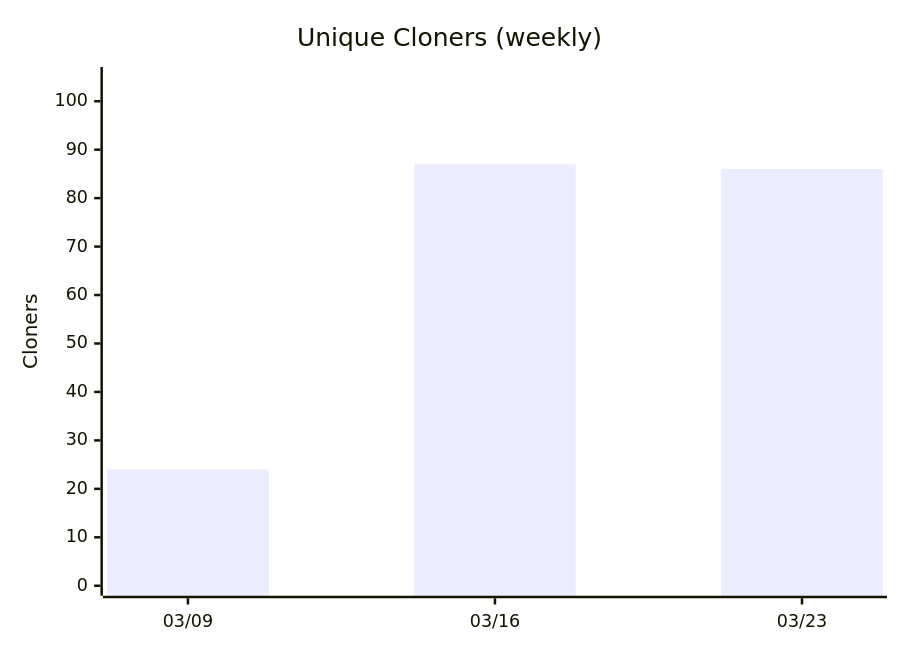
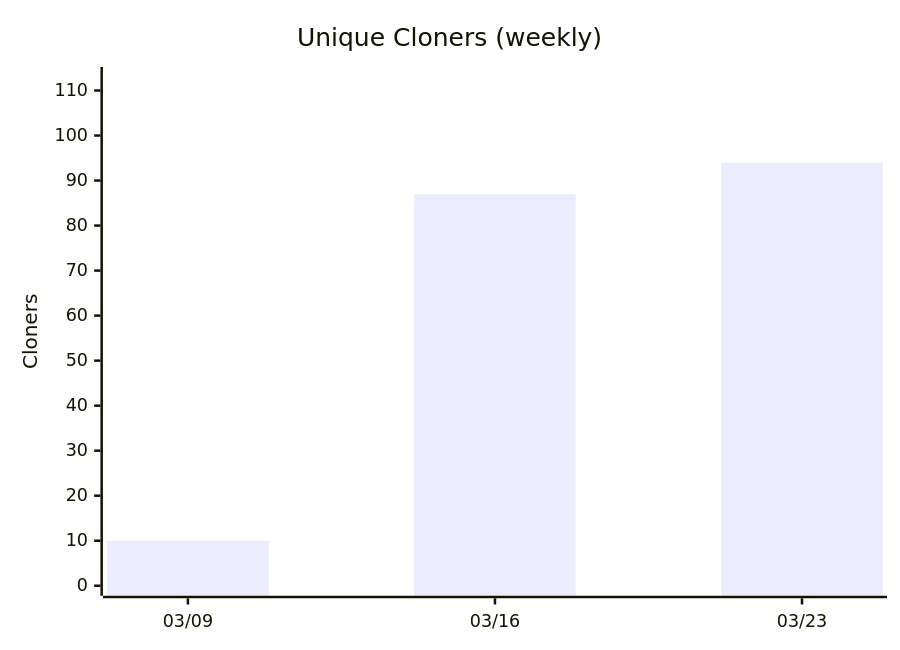
Diagram 14 of 14 in docs/metrics.md (nablarch/nabledge-dev), drawn with Mermaid before and after one commit. The commit also changed other lines of this file and 2 other files, not shown here.

````diff
--- a/docs/metrics.md
+++ b/docs/metrics.md
@@ -169,7 +169,7 @@
 ```mermaid
 xychart-beta
   title "Unique Cloners (weekly)"
   x-axis ["03/09", "03/16", "03/23"]
-  y-axis "Cloners" 0 --> 105
-  bar [24, 87, 86]
+  y-axis "Cloners" 0 --> 113
+  bar [10, 87, 94]
 ```
````
